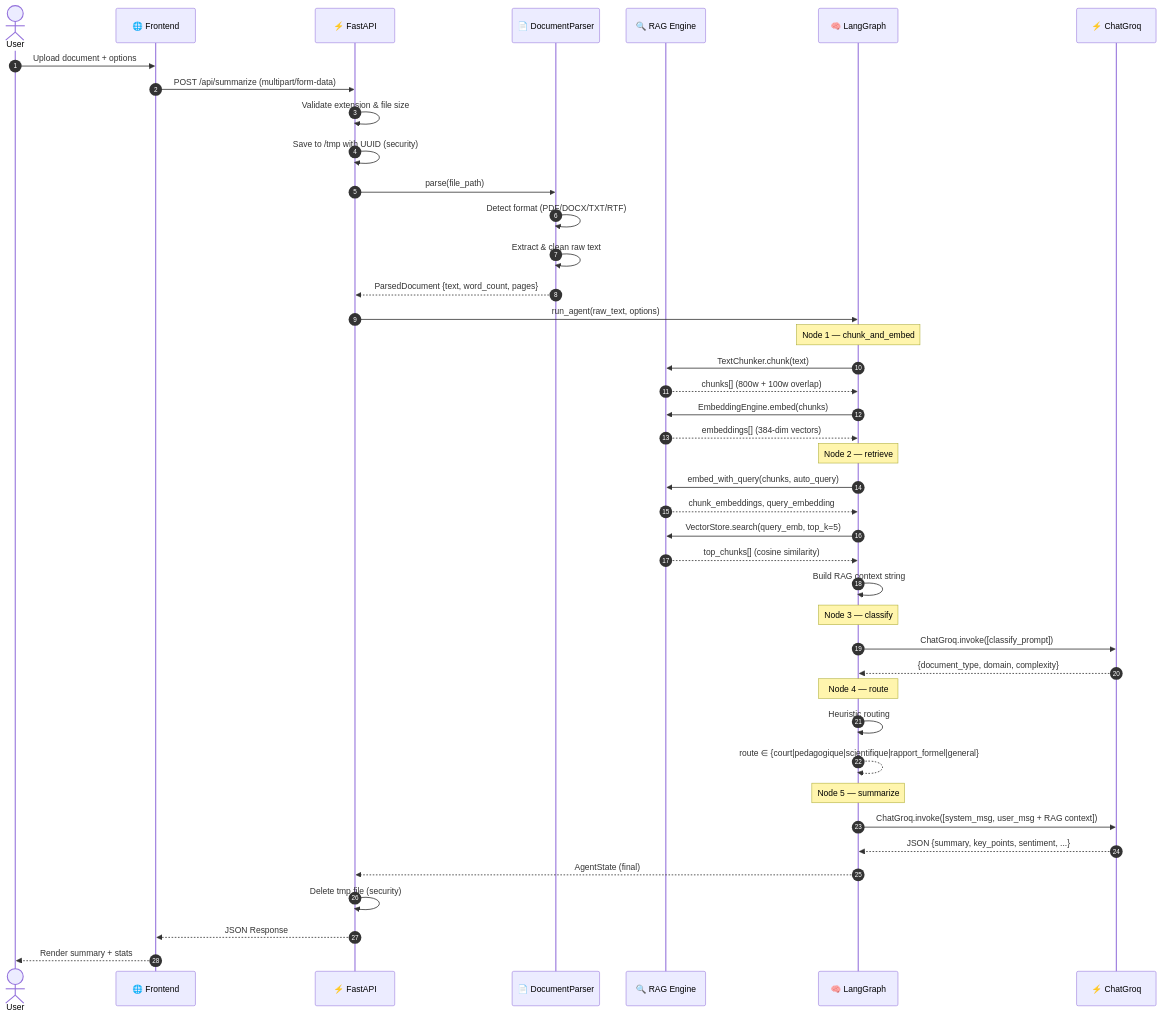
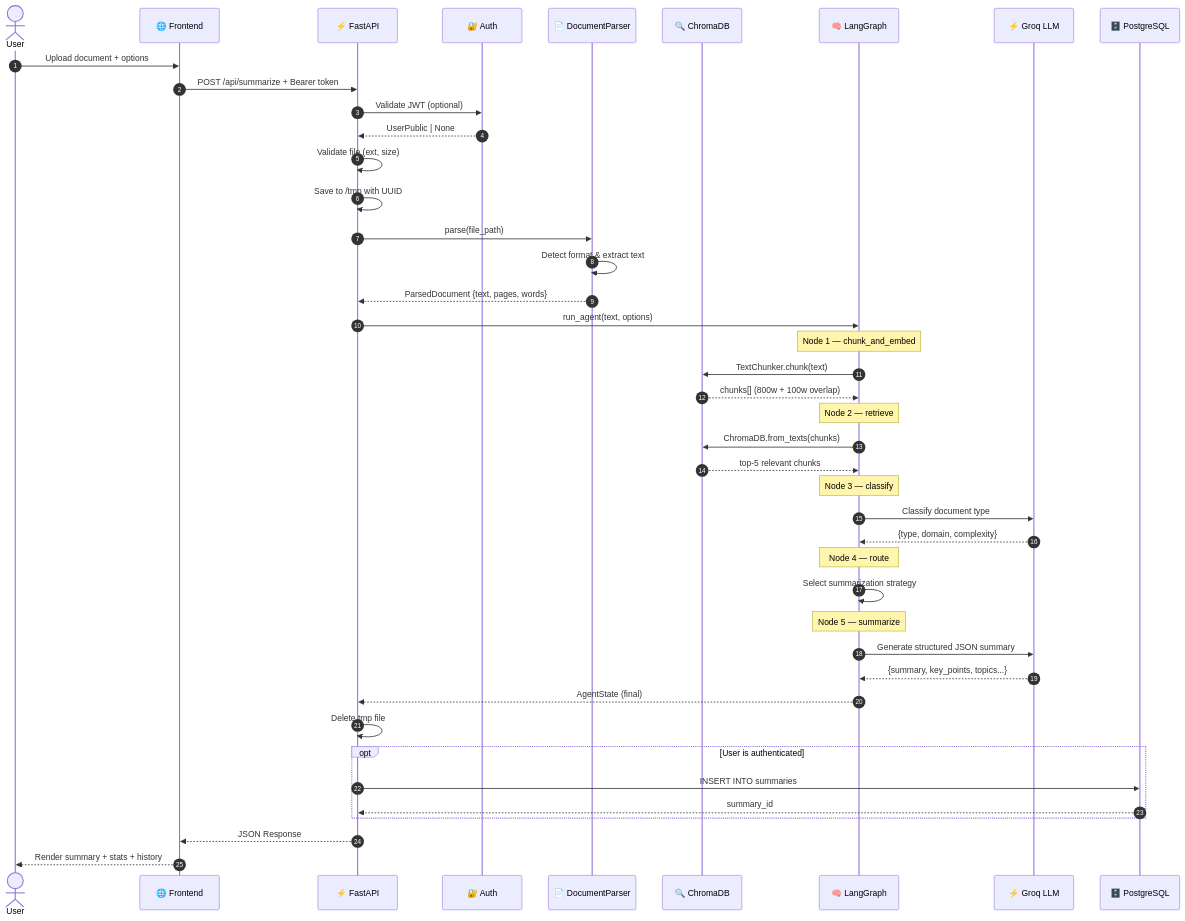
The second of 4 diagrams in README.md (Ramadiaw12/Archify), drawn with Mermaid before and after one commit. The commit also changed other lines of this file, not shown here.

````diff
--- a/README.md
+++ b/README.md
@@ -166,54 +185,58 @@
 ```mermaid
 sequenceDiagram
     autonumber
     actor User
     participant FE as 🌐 Frontend
     participant API as ⚡ FastAPI
+    participant AUTH as 🔐 Auth
     participant DP as 📄 DocumentParser
-    participant RAG as 🔍 RAG Engine
+    participant RAG as 🔍 ChromaDB
     participant LG as 🧠 LangGraph
-    participant GROQ as ⚡ ChatGroq
+    participant GROQ as ⚡ Groq LLM
+    participant DB as 🗄️ PostgreSQL
 
     User->>FE: Upload document + options
-    FE->>API: POST /api/summarize (multipart/form-data)
+    FE->>API: POST /api/summarize + Bearer token
 
-    API->>API: Validate extension & file size
-    API->>API: Save to /tmp with UUID (security)
+    API->>AUTH: Validate JWT (optional)
+    AUTH-->>API: UserPublic | None
+
+    API->>API: Validate file (ext, size)
+    API->>API: Save to /tmp with UUID
 
     API->>DP: parse(file_path)
-    DP->>DP: Detect format (PDF/DOCX/TXT/RTF)
-    DP->>DP: Extract & clean raw text
-    DP-->>API: ParsedDocument {text, word_count, pages}
+    DP->>DP: Detect format & extract text
+    DP-->>API: ParsedDocument {text, pages, words}
 
-    API->>LG: run_agent(raw_text, options)
+    API->>LG: run_agent(text, options)
 
     Note over LG: Node 1 — chunk_and_embed
     LG->>RAG: TextChunker.chunk(text)
     RAG-->>LG: chunks[] (800w + 100w overlap)
-    LG->>RAG: EmbeddingEngine.embed(chunks)
-    RAG-->>LG: embeddings[] (384-dim vectors)
 
     Note over LG: Node 2 — retrieve
-    LG->>RAG: embed_with_query(chunks, auto_query)
-    RAG-->>LG: chunk_embeddings, query_embedding
-    LG->>RAG: VectorStore.search(query_emb, top_k=5)
-    RAG-->>LG: top_chunks[] (cosine similarity)
-    LG->>LG: Build RAG context string
+    LG->>RAG: ChromaDB.from_texts(chunks)
+    RAG-->>LG: top-5 relevant chunks
 
     Note over LG: Node 3 — classify
-    LG->>GROQ: ChatGroq.invoke([classify_prompt])
-    GROQ-->>LG: {document_type, domain, complexity}
+    LG->>GROQ: Classify document type
+    GROQ-->>LG: {type, domain, complexity}
 
     Note over LG: Node 4 — route
-    LG->>LG: Heuristic routing
-    LG-->>LG: route ∈ {court|pedagogique|scientifique|rapport_formel|general}
+    LG->>LG: Select summarization strategy
 
     Note over LG: Node 5 — summarize
-    LG->>GROQ: ChatGroq.invoke([system_msg, user_msg + RAG context])
-    GROQ-->>LG: JSON {summary, key_points, sentiment, ...}
+    LG->>GROQ: Generate structured JSON summary
+    GROQ-->>LG: {summary, key_points, topics...}
 
     LG-->>API: AgentState (final)
-    API->>API: Delete tmp file (security)
+    API->>API: Delete tmp file
+
+    opt User is authenticated
+        API->>DB: INSERT INTO summaries
+        DB-->>API: summary_id
+    end
+
     API-->>FE: JSON Response
-    FE-->>User: Render summary + stats
+    FE-->>User: Render summary + stats + history
 ```
````
